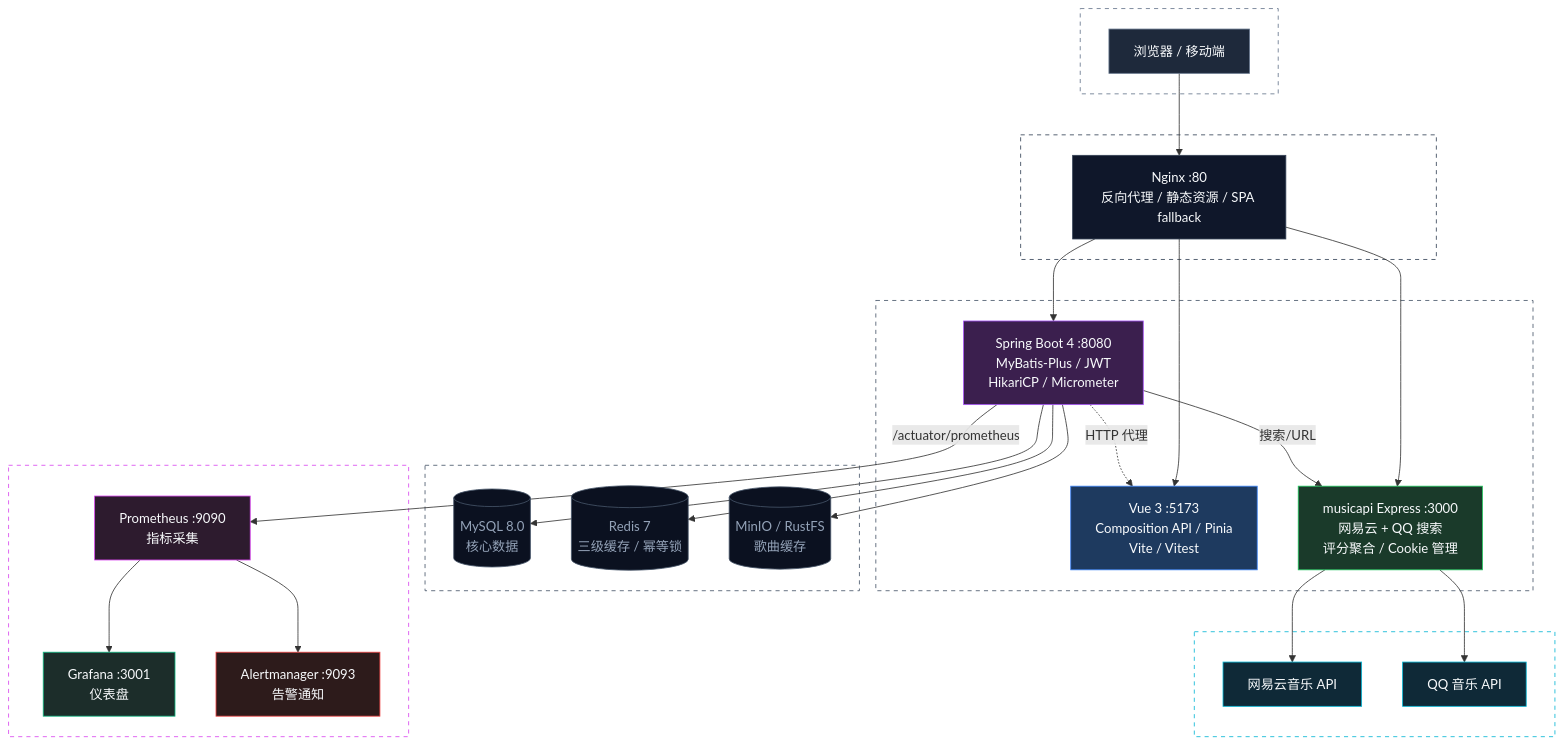
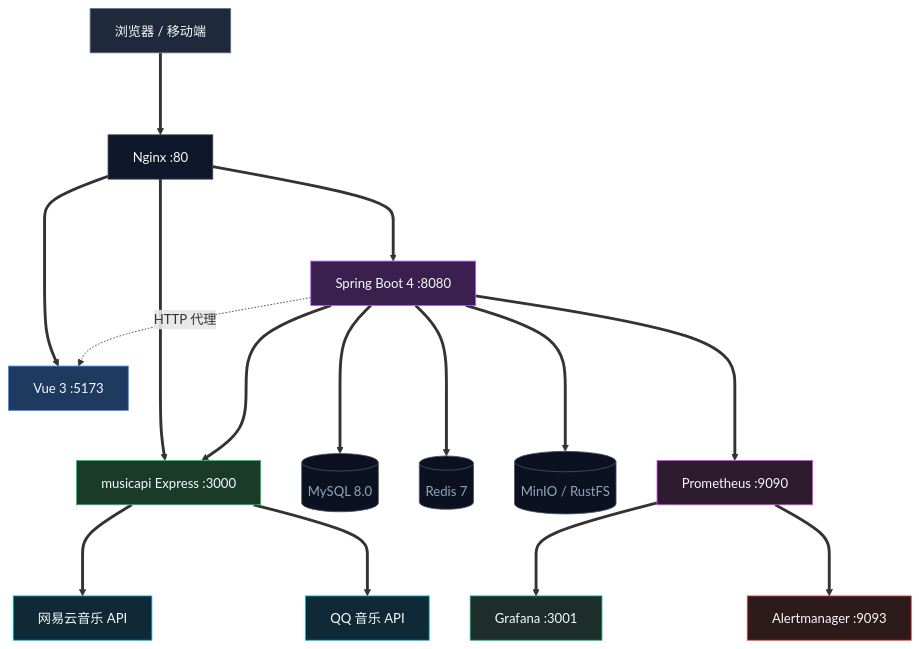
The first of 4 diagrams in README.md (chunren1/vibeMusic), drawn with Mermaid before and after one commit.

Commit message:
架构图: 去除subgraph和多余描述, 粗线===, 简化布局

````diff
--- a/README.md
+++ b/README.md
@@ -88,68 +88,49 @@
 ```mermaid
 graph TB
-    subgraph USER[" "]
-        U[浏览器 / 移动端]
-    end
+    U[浏览器 / 移动端]
+    NG[Nginx :80]
 
-    subgraph GATEWAY[" "]
-        NG["Nginx :80<br/>反向代理 / 静态资源 / SPA fallback"]
-    end
+    V[Vue 3 :5173]
+    SB[Spring Boot 4 :8080]
+    BFF[musicapi Express :3000]
 
-    subgraph APP[" "]
-        V["Vue 3 :5173<br/>Composition API / Pinia<br/>Vite / Vitest"]
-        SB["Spring Boot 4 :8080<br/>MyBatis-Plus / JWT<br/>HikariCP / Micrometer"]
-        BFF["musicapi Express :3000<br/>网易云 + QQ 搜索<br/>评分聚合 / Cookie 管理"]
-    end
+    NE[网易云音乐 API]
+    QQ[QQ 音乐 API]
 
-    subgraph EXT[" "]
-        NE[网易云音乐 API]
-        QQ[QQ 音乐 API]
-    end
+    M[(MySQL 8.0)]
+    R[(Redis 7)]
+    ST[(MinIO / RustFS)]
 
-    subgraph DATA[" "]
-        M[("MySQL 8.0<br/>核心数据")]
-        R[("Redis 7<br/>三级缓存 / 幂等锁")]
-        ST[("MinIO / RustFS<br/>歌曲缓存")]
-    end
+    P[Prometheus :9090]
+    G[Grafana :3001]
+    A[Alertmanager :9093]
 
-    subgraph MON[" "]
-        P["Prometheus :9090<br/>指标采集"]
-        G["Grafana :3001<br/>仪表盘"]
-        A["Alertmanager :9093<br/>告警通知"]
-    end
-
-    U --> NG
-    NG --> V
-    NG --> SB
-    NG --> BFF
+    U ===> NG
+    NG ===> V
+    NG ===> SB
+    NG ===> BFF
     SB -.->|HTTP 代理| V
-    SB -->|搜索/URL| BFF
-    BFF --> NE
-    BFF --> QQ
-    SB --> M
-    SB --> R
-    SB --> ST
-    SB -->|/actuator/prometheus| P
-    P --> G
-    P --> A
+    SB ===> BFF
+    BFF ===> NE
+    BFF ===> QQ
+    SB ===> M
+    SB ===> R
+    SB ===> ST
+    SB ===> P
+    P ===> G
+    P ===> A
 
     style U fill:#1e293b,stroke:#64748b,color:#f8fafc
     style NG fill:#0f172a,stroke:#334155,color:#f8fafc
     style V fill:#1e3a5f,stroke:#3b82f6,color:#f8fafc
     style SB fill:#3b1f4e,stroke:#a855f7,color:#f8fafc
     style BFF fill:#1a3a2a,stroke:#22c55e,color:#f8fafc
     style NE fill:#0f2937,stroke:#06b6d4,color:#f8fafc
     style QQ fill:#0f2937,stroke:#06b6d4,color:#f8fafc
     style M fill:#0b1120,stroke:#475569,color:#94a3b8
     style R fill:#0b1120,stroke:#475569,color:#94a3b8
     style ST fill:#0b1120,stroke:#475569,color:#94a3b8
     style P fill:#2d1b2e,stroke:#d946ef,color:#f8fafc
     style G fill:#1c2d2a,stroke:#10b981,color:#f8fafc
     style A fill:#2d1b1b,stroke:#ef4444,color:#f8fafc
-    style USER fill:none,stroke:#64748b,stroke-dasharray: 5 5
-    style GATEWAY fill:none,stroke:#334155,stroke-dasharray: 5 5
-    style APP fill:none,stroke:#475569,stroke-dasharray: 5 5
-    style EXT fill:none,stroke:#06b6d4,stroke-dasharray: 5 5
-    style DATA fill:none,stroke:#475569,stroke-dasharray: 5 5
-    style MON fill:none,stroke:#d946ef,stroke-dasharray: 5 5
 ```
````
